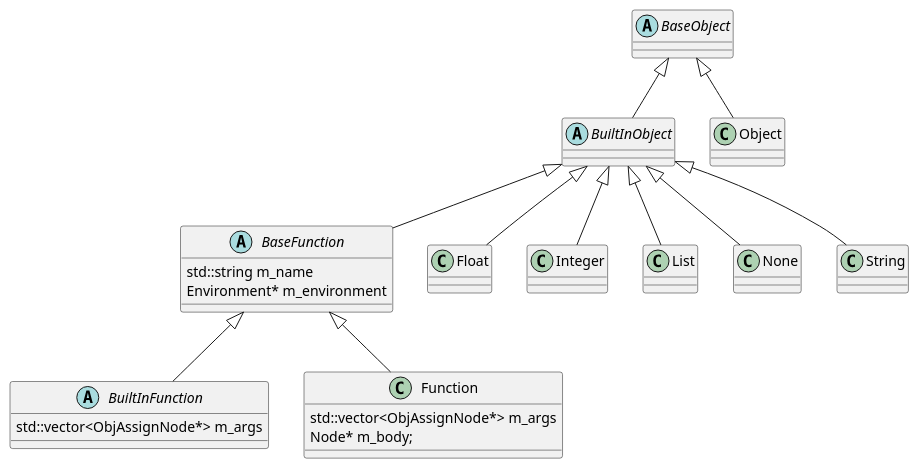
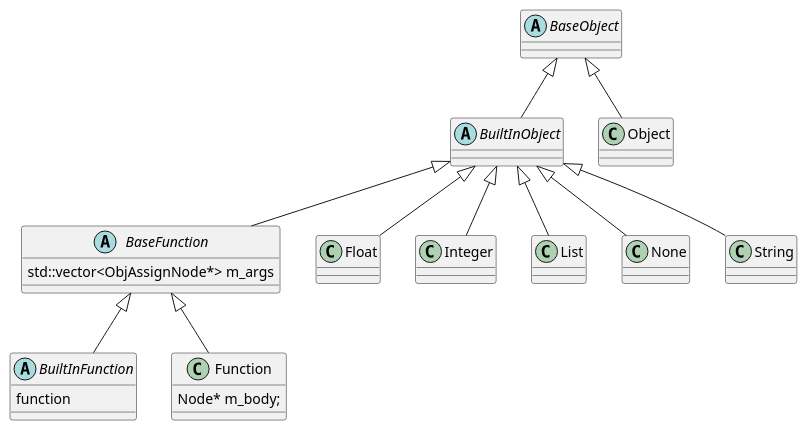
One commit to hereismg/Hydrogen changed the diagram in docs/uml/new_ObjectStructure.puml. Above: the diagram before and after it, drawn with PlantUML. The commit also changed 9 other files, not shown here.

```diff
--- a/docs/uml/new_ObjectStructure.puml
+++ b/docs/uml/new_ObjectStructure.puml
@@ -1,38 +1,36 @@
 @startuml
 'https://plantuml.com/class-diagram
 
 abstract class BaseObject
 
 abstract class BuiltInObject
 class Object
 BaseObject <|-- Object
 BaseObject <|-- BuiltInObject
 
 abstract class BaseFunction{
-    std::string m_name
-    Environment* m_environment
+    std::vector<ObjAssignNode*> m_args
 }
 class Float
 class Integer
 class List
 class None
 class String
 BuiltInObject <|-- BaseFunction
 BuiltInObject <|-- Float
 BuiltInObject <|-- Integer
 BuiltInObject <|-- List
 BuiltInObject <|-- None
 BuiltInObject <|-- String
 
 abstract class BuiltInFunction{
-    std::vector<ObjAssignNode*> m_args
+    function
 }
 class Function{
-    std::vector<ObjAssignNode*> m_args
     Node* m_body;
 }
 
 BaseFunction <|-- BuiltInFunction
 BaseFunction <|-- Function
 
 @enduml
```
